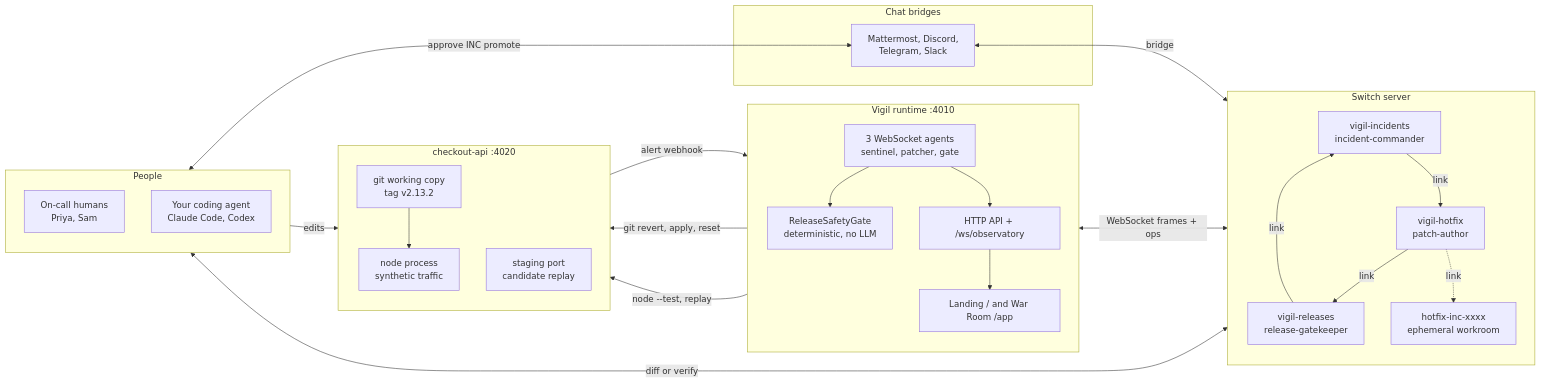
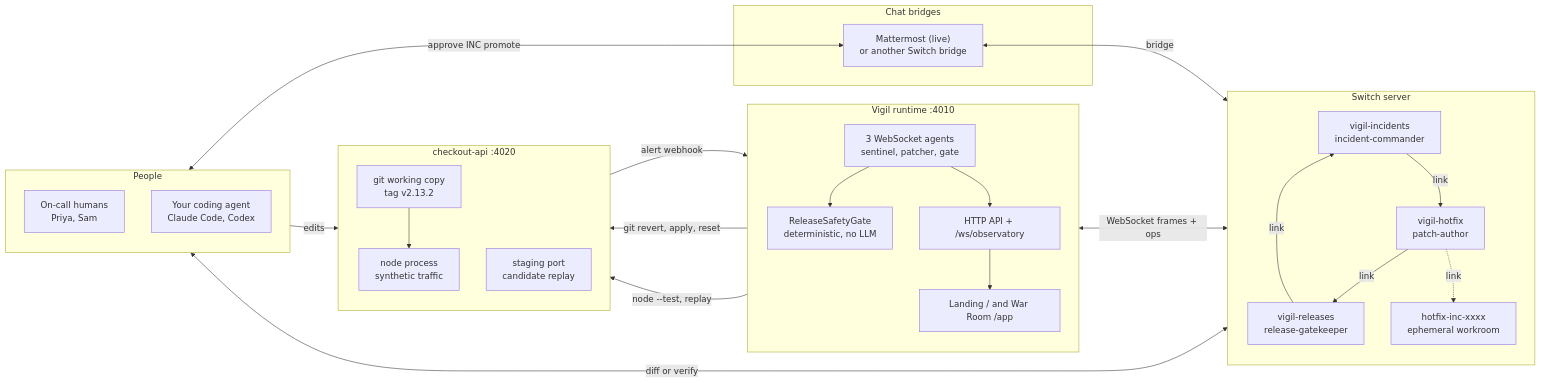
Before and after one commit to NetLayerLabs/Vigil: the first of 8 diagrams in README.md, drawn with Mermaid. The commit also changed other lines of this file and 2 other files, not shown here.

Commit message:
docs(readme): lead with the live Switch deployment and Claude Code; local run is an offline preview

````diff
--- a/README.md
+++ b/README.md
@@ -59,52 +66,52 @@
 ```mermaid
 flowchart LR
   subgraph People["People"]
     direction TB
     HUM["On-call humans<br/>Priya, Sam"]
     CODER["Your coding agent<br/>Claude Code, Codex"]
   end
 
   subgraph Chat["Chat bridges"]
-    MM["Mattermost, Discord,<br/>Telegram, Slack"]
+    MM["Mattermost (live)<br/>or another Switch bridge"]
   end
 
   subgraph Switch["Switch server"]
     direction TB
     R1["vigil-incidents<br/>incident-commander"]
     R2["vigil-hotfix<br/>patch-author"]
     R3["vigil-releases<br/>release-gatekeeper"]
     WR["hotfix-inc-xxxx<br/>ephemeral workroom"]
     R1 -->|link| R2
     R2 -->|link| R3
     R3 -->|link| R1
     R2 -.->|link| WR
   end
 
   subgraph Vigil["Vigil runtime :4010"]
     direction TB
     AG["3 WebSocket agents<br/>sentinel, patcher, gate"]
     GATE["ReleaseSafetyGate<br/>deterministic, no LLM"]
     API["HTTP API + /ws/observatory"]
     UI["Landing / and War Room /app"]
   end
 
   subgraph Target["checkout-api :4020"]
     direction TB
     GIT["git working copy<br/>tag v2.13.2"]
     SVC["node process<br/>synthetic traffic"]
     STG["staging port<br/>candidate replay"]
   end
 
   HUM <-->|approve INC promote| MM
   MM <-->|bridge| R3
   CODER <-->|diff or verify| R2
   CODER -->|edits| GIT
   AG <-->|WebSocket frames + ops| Switch
   AG --> GATE
   SVC -->|alert webhook| AG
   AG -->|git revert, apply, reset| GIT
   GIT --> SVC
   AG -->|node --test, replay| STG
   API --> UI
   AG --> API
 ```
````
